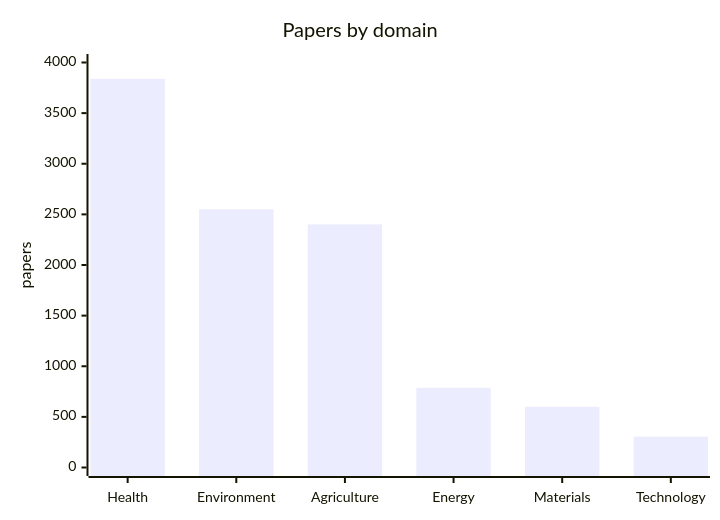
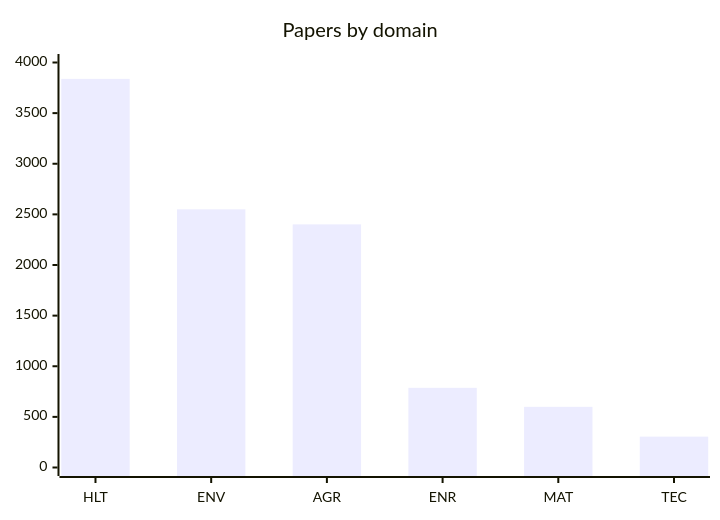
One commit to Otto-Destiny/mufasa changed the fourth of 19 diagrams in README.md. Above: the diagram before and after it, drawn with Mermaid. The commit also changed other lines of this file, not shown here.

First line of the commit message:
docs: fix unreadable diagram node and clipped chart axes

````diff
--- a/README.md
+++ b/README.md
@@ -184,7 +184,7 @@
 ```mermaid
 xychart-beta
     title "Papers by domain"
-    x-axis ["Health", "Environment", "Agriculture", "Energy", "Materials", "Technology"]
-    y-axis "papers" 0 --> 4000
+    x-axis [HLT, ENV, AGR, ENR, MAT, TEC]
+    y-axis 0 --> 4000
     bar [3838, 2550, 2401, 787, 599, 305]
 ```
````
